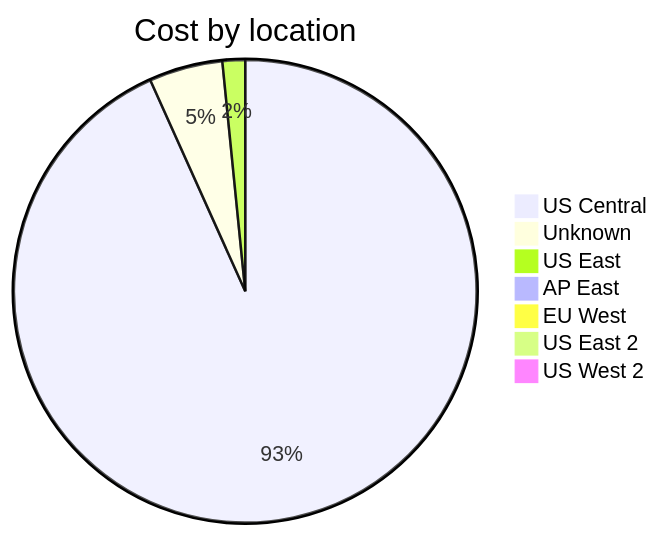
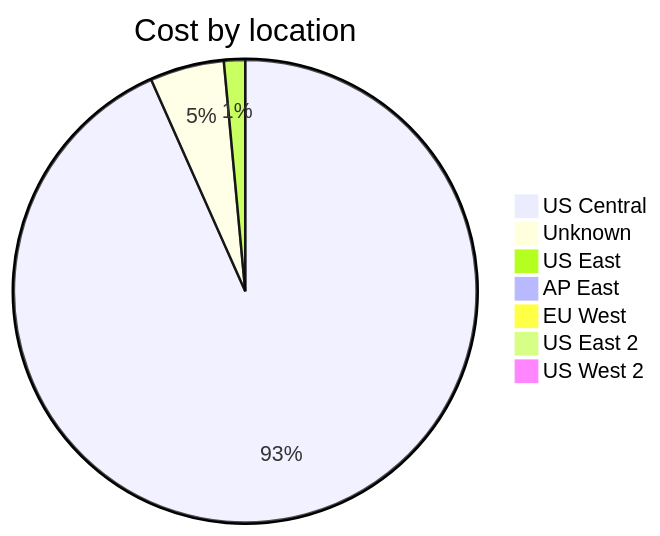
The third of 4 diagrams in cost-reports/accumulated-cost.md (jpfulton/azure-personal-reports), drawn with Mermaid before and after one commit. The commit also changed other lines of this file and 4 other files, not shown here.

````diff
--- a/cost-reports/accumulated-cost.md
+++ b/cost-reports/accumulated-cost.md
@@ -123,11 +123,11 @@
 ```mermaid
 pie
    title Cost by location
-   "US Central" : 7.07
-   "Unknown" : 0.39
+   "US Central" : 7.57
+   "Unknown" : 0.42
    "US East" : 0.12
    "AP East" : 0.00
    "EU West" : 0.00
    "US East 2" : 0.00
    "US West 2" : 0.00
 ```
````
